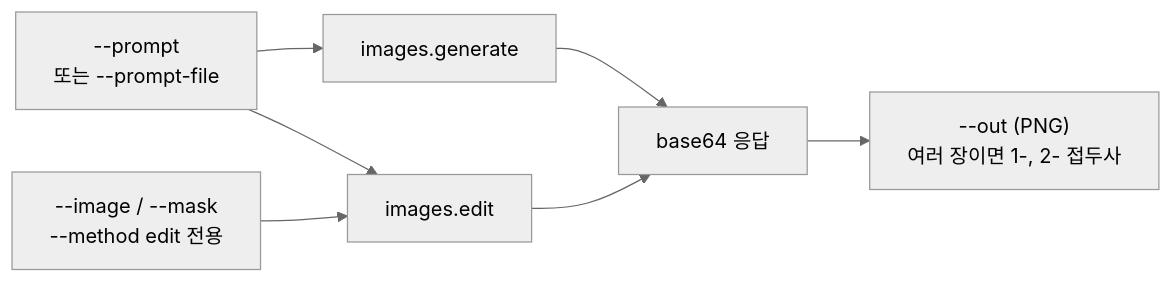
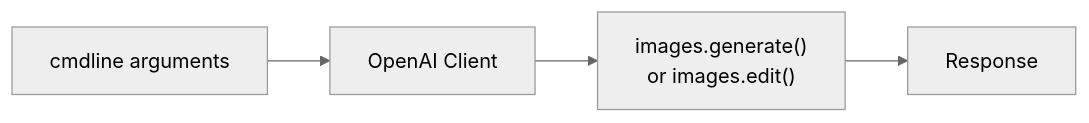
Before and after one commit to ivorycloud1013/lab-azure-hol-ai-services: the second of 5 diagrams in python/README.md, drawn with Mermaid. The commit also changed other lines of this file and 2 other files, not shown here.

````diff
--- a/python/README.md
+++ b/python/README.md
@@ -104,10 +73,5 @@
 ```mermaid
 %%{init: {"theme": "neutral"}}%%
 flowchart LR
-    PROMPT["--prompt<br/>또는 --prompt-file"] --> GEN["images.generate"]
-    PROMPT --> EDIT["images.edit"]
-    SRC["--image / --mask<br/>--method edit 전용"] --> EDIT
-    GEN --> B64["base64 응답"]
-    EDIT --> B64
-    B64 --> OUT["--out (PNG)<br/>여러 장이면 1-, 2- 접두사"]
+    USER["cmdline arguments"] --> CLIENT["OpenAI Client"] --> CALL["images.generate() </br> or images.edit()"] --> OUT["Response"]
 ```
````
